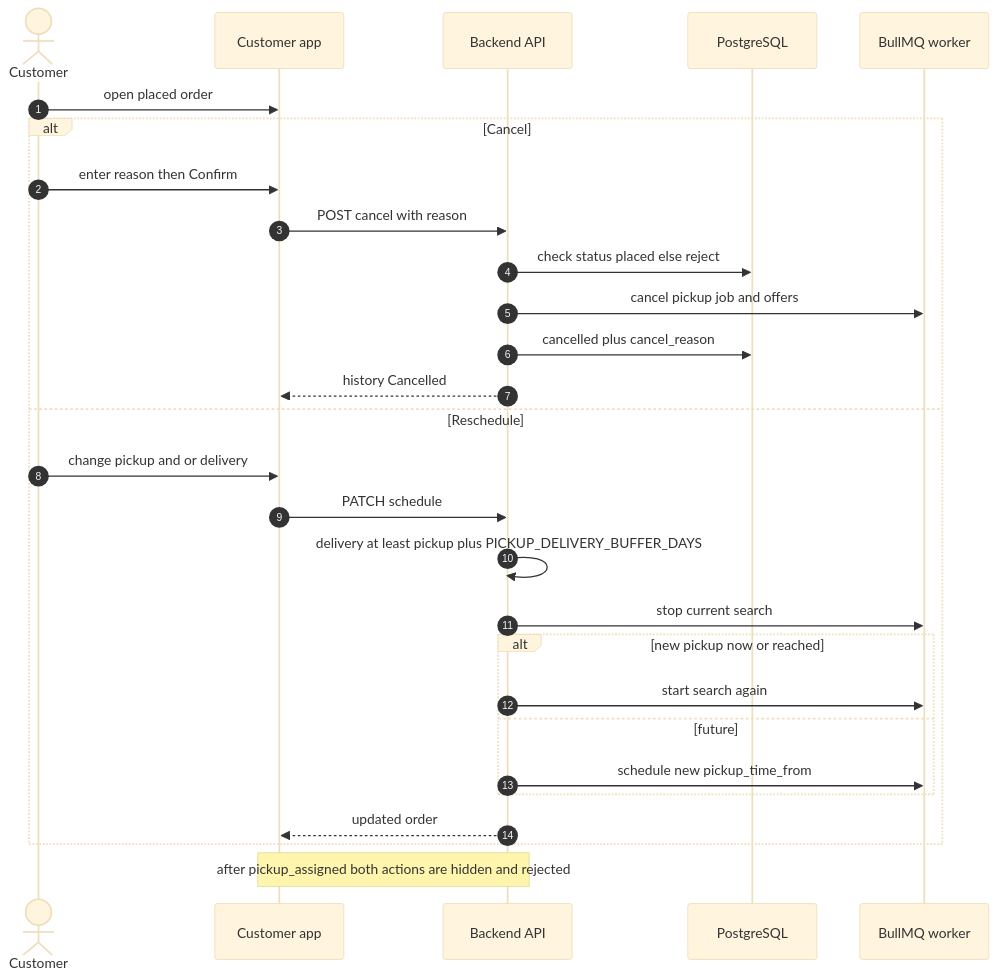
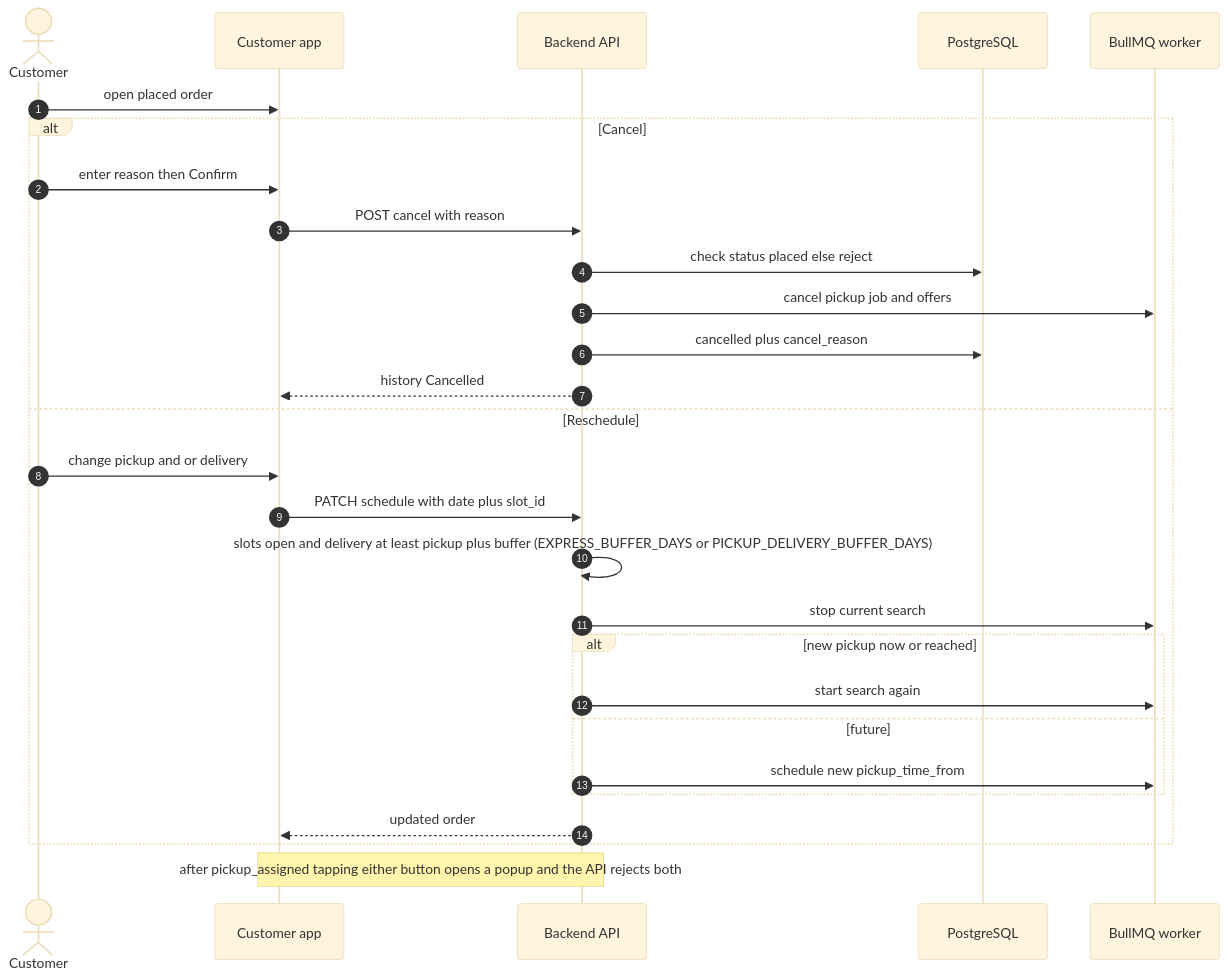
One commit to mohitUnico/laundry changed the seventh of 7 diagrams in docs/order-flow-v2/diagrams/03-sequence-diagrams.md. Above: the diagram before and after it, drawn with Mermaid (base theme). The commit also changed other lines of this file and 46 other files, not shown here.

First line of the commit message:
feat(orders): align list and details UX with order-flow v2 cards and bill states

````diff
--- a/docs/order-flow-v2/diagrams/03-sequence-diagrams.md
+++ b/docs/order-flow-v2/diagrams/03-sequence-diagrams.md
@@ -241,31 +241,31 @@
 ```mermaid
 sequenceDiagram
 autonumber
 actor C as Customer
 participant CA as Customer app
 participant API as Backend API
 participant DB as PostgreSQL
 participant W as BullMQ worker
 C->>CA: open placed order
 alt Cancel
   C->>CA: enter reason then Confirm
   CA->>API: POST cancel with reason
   API->>DB: check status placed else reject
   API->>W: cancel pickup job and offers
   API->>DB: cancelled plus cancel_reason
   API-->>CA: history Cancelled
 else Reschedule
   C->>CA: change pickup and or delivery
-  CA->>API: PATCH schedule
-  API->>API: delivery at least pickup plus PICKUP_DELIVERY_BUFFER_DAYS
+  CA->>API: PATCH schedule with date plus slot_id
+  API->>API: slots open and delivery at least pickup plus buffer (EXPRESS_BUFFER_DAYS or PICKUP_DELIVERY_BUFFER_DAYS)
   API->>W: stop current search
   alt new pickup now or reached
     API->>W: start search again
   else future
     API->>W: schedule new pickup_time_from
   end
   API-->>CA: updated order
 end
-Note over CA,API: after pickup_assigned both actions are hidden and rejected
+Note over CA,API: after pickup_assigned tapping either button opens a popup and the API rejects both
 
 ```
````
